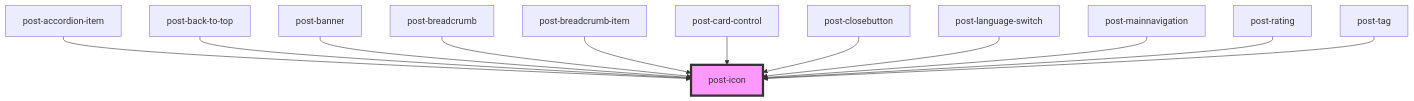
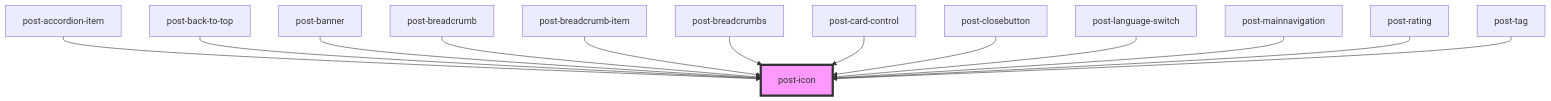
The diagram in packages/components/src/components/post-icon/readme.md (swisspost/design-system), drawn with Mermaid before and after one commit. The commit also changed other lines of this file and 6 other files, not shown here.

````diff
--- a/packages/components/src/components/post-icon/readme.md
+++ b/packages/components/src/components/post-icon/readme.md
@@ -38,15 +39,16 @@
 ```mermaid
 graph TD;
   post-accordion-item --> post-icon
   post-back-to-top --> post-icon
   post-banner --> post-icon
   post-breadcrumb --> post-icon
   post-breadcrumb-item --> post-icon
+  post-breadcrumbs --> post-icon
   post-card-control --> post-icon
   post-closebutton --> post-icon
   post-language-switch --> post-icon
   post-mainnavigation --> post-icon
   post-rating --> post-icon
   post-tag --> post-icon
   style post-icon fill:#f9f,stroke:#333,stroke-width:4px
 ```
````
